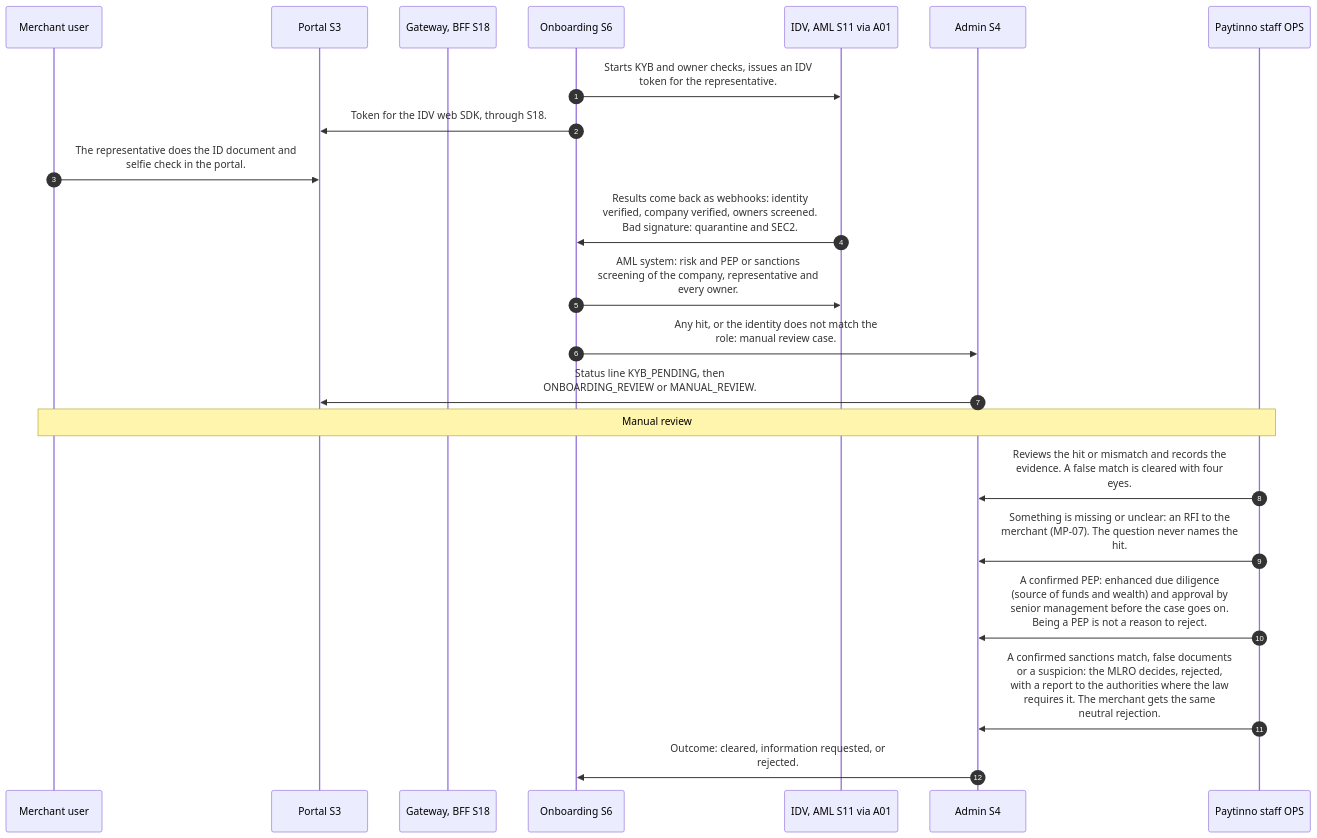
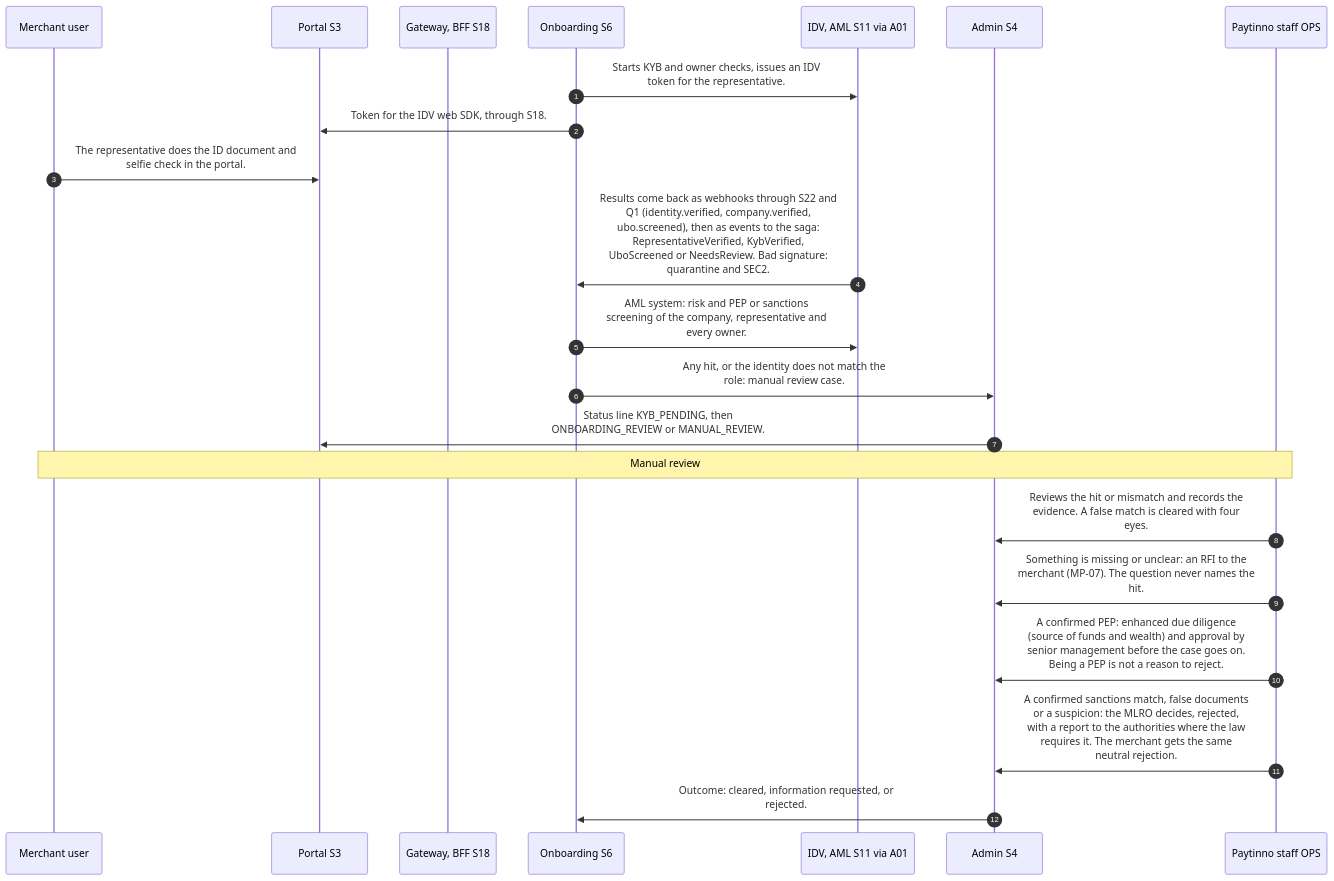
Before and after one commit to paytinno/merchant-portal-workflows: the first of 2 diagrams in docs/workflows/MP-06-company-checks-identity-and-screening.md, drawn with Mermaid. The commit also changed other lines of this file and 47 other files, not shown here.

First line of the commit message:
Rewrite against CTO architecture v8.7 (spec v0.2)

````diff
--- a/docs/workflows/MP-06-company-checks-identity-and-screening.md
+++ b/docs/workflows/MP-06-company-checks-identity-and-screening.md
@@ -22,24 +22,24 @@
 ```mermaid
 sequenceDiagram
   autonumber
   participant MER as Merchant user
   participant S3 as Portal S3
   participant S18 as Gateway, BFF S18
   participant S6 as Onboarding S6
   participant S11 as IDV, AML S11 via A01
   participant S4 as Admin S4
   participant OPS as Paytinno staff OPS
   S6->>S11: Starts KYB and owner checks, issues an IDV<br/>token for the representative.
   S6->>S3: Token for the IDV web SDK, through S18.
   MER->>S3: The representative does the ID document and<br/>selfie check in the portal.
-  S11->>S6: Results come back as webhooks: identity<br/>verified, company verified, owners screened.<br/>Bad signature: quarantine and SEC2.
+  S11->>S6: Results come back as webhooks through S22 and<br/>Q1 (identity.verified, company.verified,<br/>ubo.screened), then as events to the saga:<br/>RepresentativeVerified, KybVerified,<br/>UboScreened or NeedsReview. Bad signature:<br/>quarantine and SEC2.
   S6->>S11: AML system: risk and PEP or sanctions<br/>screening of the company, representative and<br/>every owner.
   S6->>S4: Any hit, or the identity does not match the<br/>role: manual review case.
   S4->>S3: Status line KYB_PENDING, then<br/>ONBOARDING_REVIEW or MANUAL_REVIEW.
   Note over MER,OPS: Manual review
   OPS->>S4: Reviews the hit or mismatch and records the<br/>evidence. A false match is cleared with four<br/>eyes.
   OPS->>S4: Something is missing or unclear: an RFI to the<br/>merchant (MP-07). The question never names the<br/>hit.
   OPS->>S4: A confirmed PEP: enhanced due diligence<br/>(source of funds and wealth) and approval by<br/>senior management before the case goes on.<br/>Being a PEP is not a reason to reject.
   OPS->>S4: A confirmed sanctions match, false documents<br/>or a suspicion: the MLRO decides, rejected,<br/>with a report to the authorities where the law<br/>requires it. The merchant gets the same<br/>neutral rejection.
   S4->>S6: Outcome: cleared, information requested, or<br/>rejected.
 ```
````
